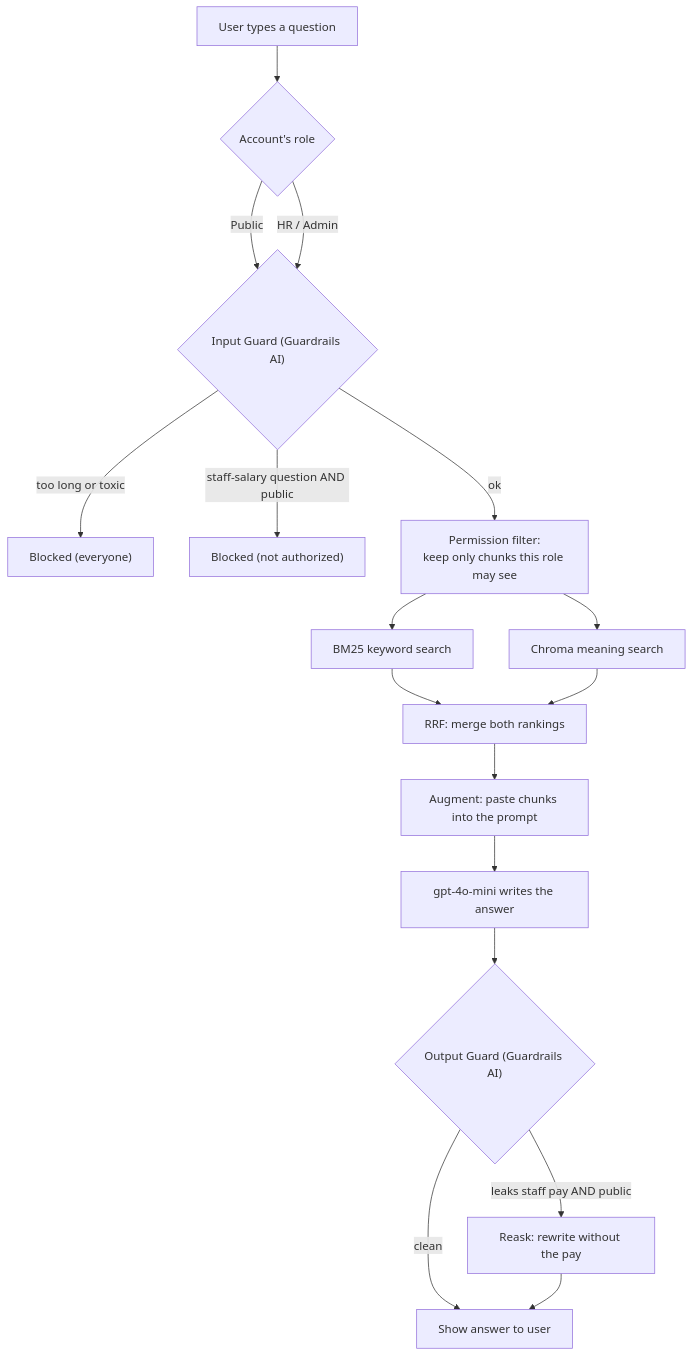
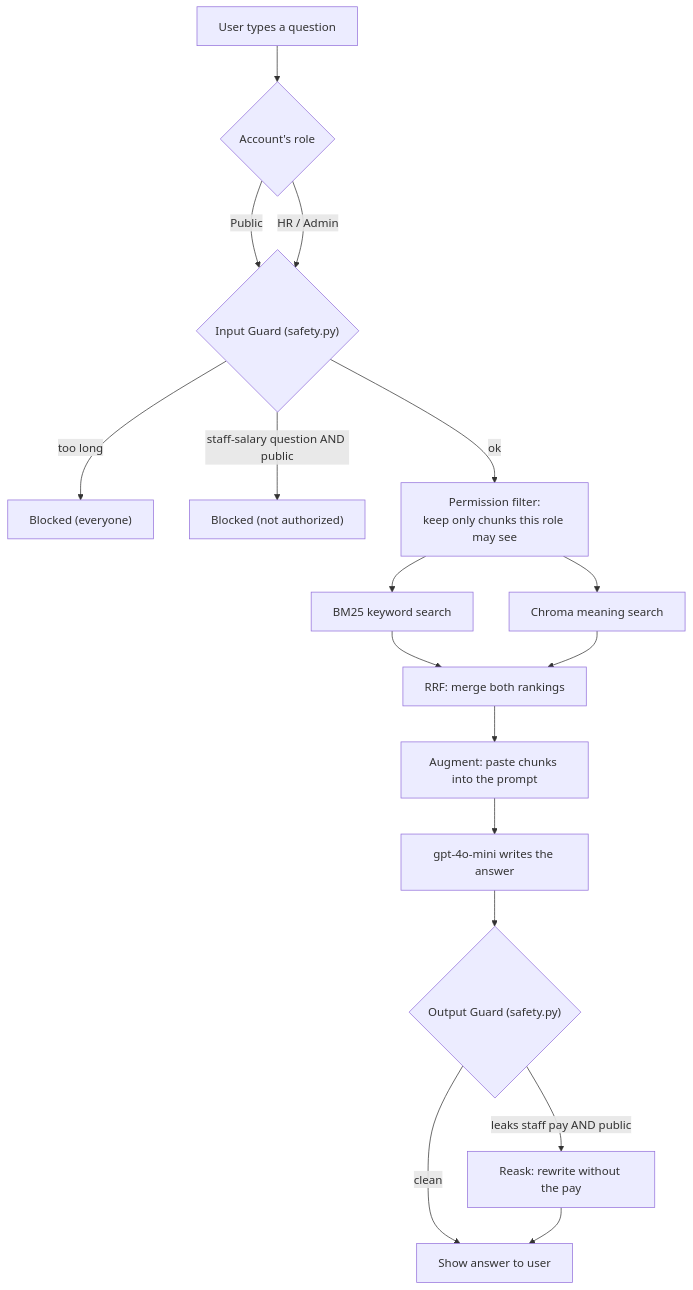
Before and after one commit to Cloudastra-Tech/knowlegebase: the second of 3 diagrams in ARCHITECTURE.md, drawn with Mermaid. The commit also changed other lines of this file and 21 other files, not shown here.

````diff
--- a/ARCHITECTURE.md
+++ b/ARCHITECTURE.md
@@ -834,19 +835,19 @@
 ```mermaid
 flowchart TD
     U["User types a question"] --> ROLE{"Account's role"}
-    ROLE -->|Public| INP{"Input Guard (Guardrails AI)"}
+    ROLE -->|Public| INP{"Input Guard (safety.py)"}
     ROLE -->|HR / Admin| INP
-    INP -->|too long or toxic| B1["Blocked (everyone)"]
+    INP -->|too long| B1["Blocked (everyone)"]
     INP -->|staff-salary question AND public| B2["Blocked (not authorized)"]
     INP -->|ok| FILT["Permission filter:<br/>keep only chunks this role may see"]
     FILT --> BM25["BM25 keyword search"]
     FILT --> CHROMA["Chroma meaning search"]
     BM25 --> RRF["RRF: merge both rankings"]
     CHROMA --> RRF
     RRF --> AUG["Augment: paste chunks into the prompt"]
     AUG --> GEN["gpt-4o-mini writes the answer"]
-    GEN --> OUTG{"Output Guard (Guardrails AI)"}
+    GEN --> OUTG{"Output Guard (safety.py)"}
     OUTG -->|clean| SHOW["Show answer to user"]
     OUTG -->|leaks staff pay AND public| REASK["Reask: rewrite without the pay"]
     REASK --> SHOW
 ```
````
